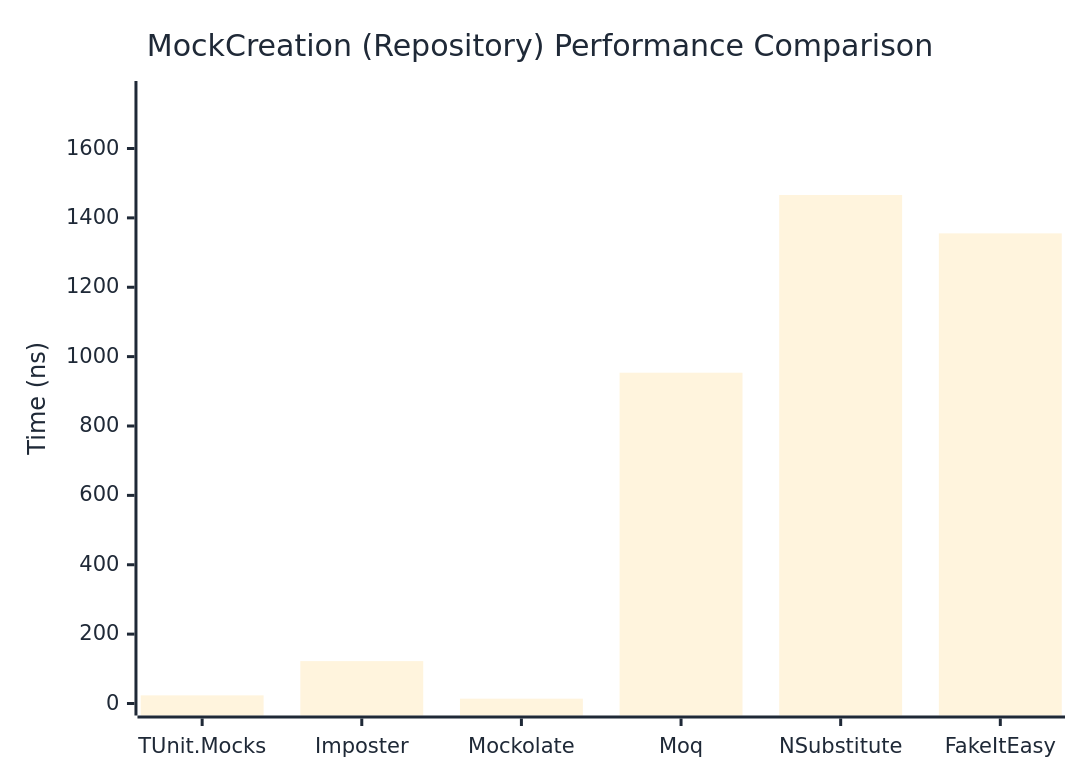
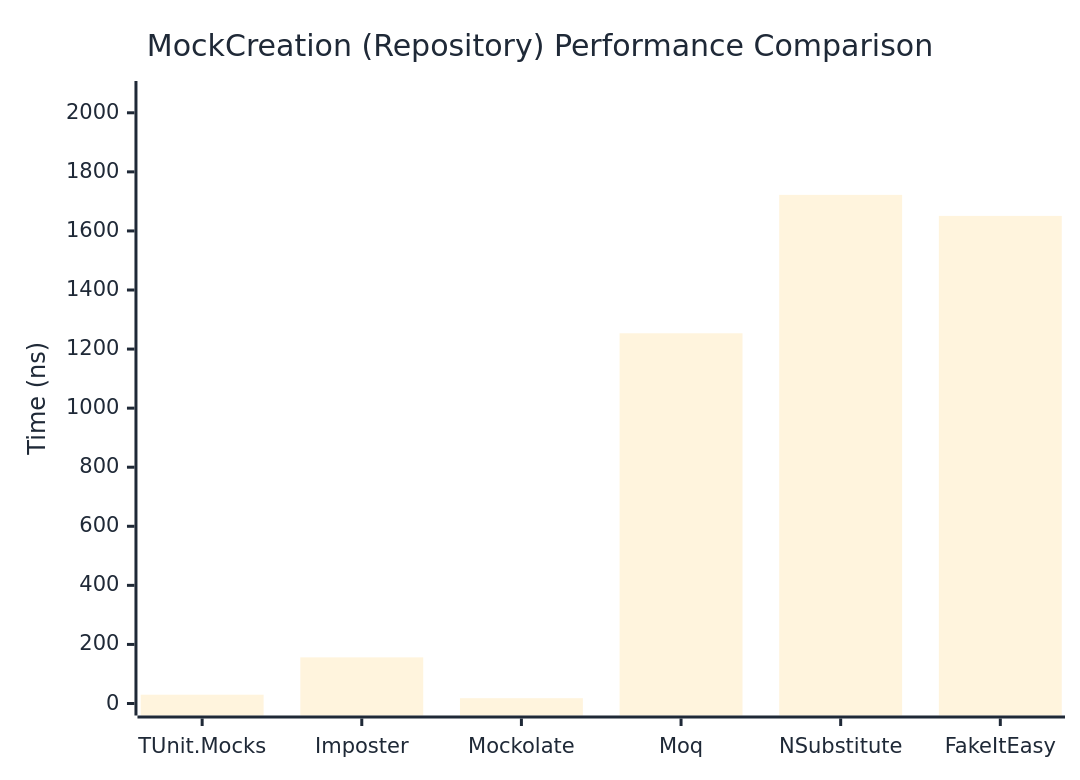
The second of 2 diagrams in docs/docs/benchmarks/mocks/MockCreation.md (thomhurst/TUnit), drawn with Mermaid before and after one commit. The commit also changed other lines of this file and 14 other files, not shown here.

````diff
--- a/docs/docs/benchmarks/mocks/MockCreation.md
+++ b/docs/docs/benchmarks/mocks/MockCreation.md
@@ -71,27 +71,27 @@
 ```mermaid
 %%{init: {
   'theme':'base',
   'themeVariables': {
     'primaryColor': '#2563eb',
     'primaryTextColor': '#1f2937',
     'primaryBorderColor': '#1e40af',
     'lineColor': '#6b7280',
     'secondaryColor': '#7c3aed',
     'tertiaryColor': '#dc2626',
     'background': '#ffffff',
     'pie1': '#2563eb',
     'pie2': '#7c3aed',
     'pie3': '#dc2626',
     'pie4': '#f59e0b',
     'pie5': '#10b981',
     'pie6': '#06b6d4',
     'pie7': '#ec4899',
     'pie8': '#6366f1'
   }
 }}%%
 xychart-beta
   title "MockCreation (Repository) Performance Comparison"
   x-axis ["TUnit.Mocks", "Imposter", "Mockolate", "Moq", "NSubstitute", "FakeItEasy"]
-  y-axis "Time (ns)" 0 --> 1760
-  bar [23.43, 122.21, 13.93, 953.66, 1466.01, 1355.37]
+  y-axis "Time (ns)" 0 --> 2067
+  bar [29.75, 156.26, 18.03, 1253.44, 1722.04, 1650.85]
 ```
````
